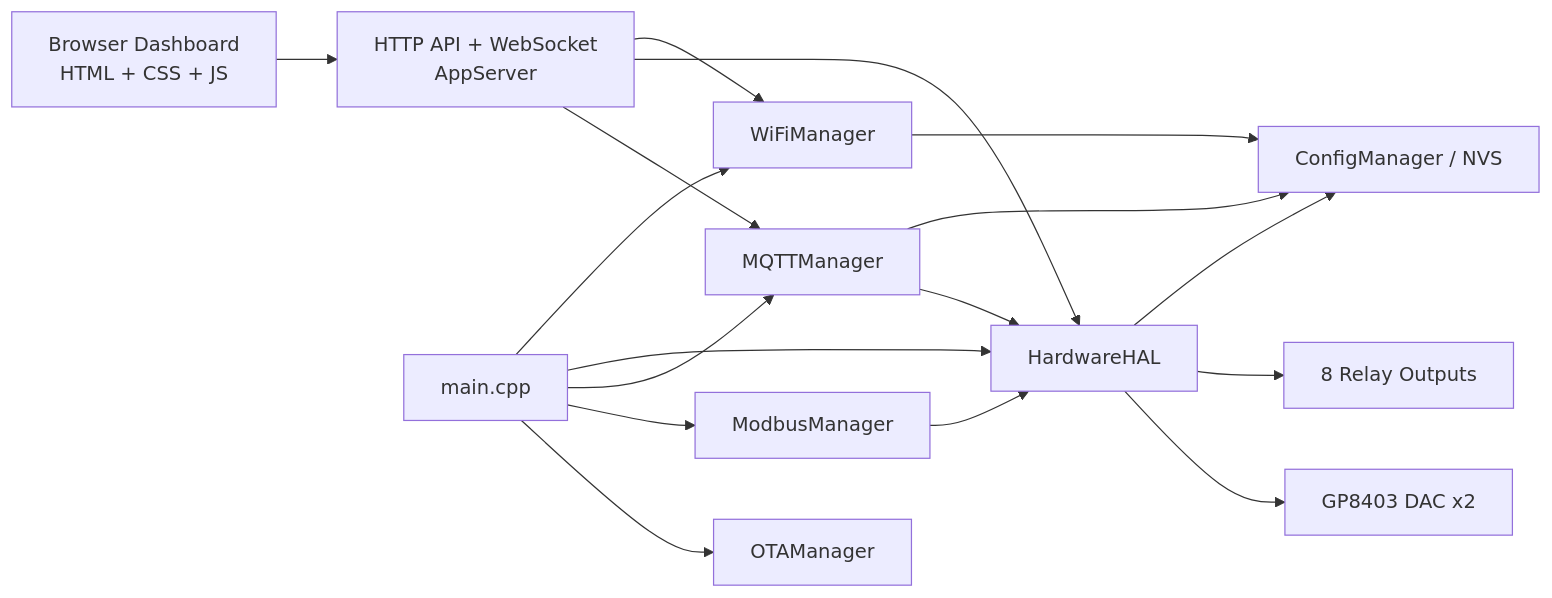
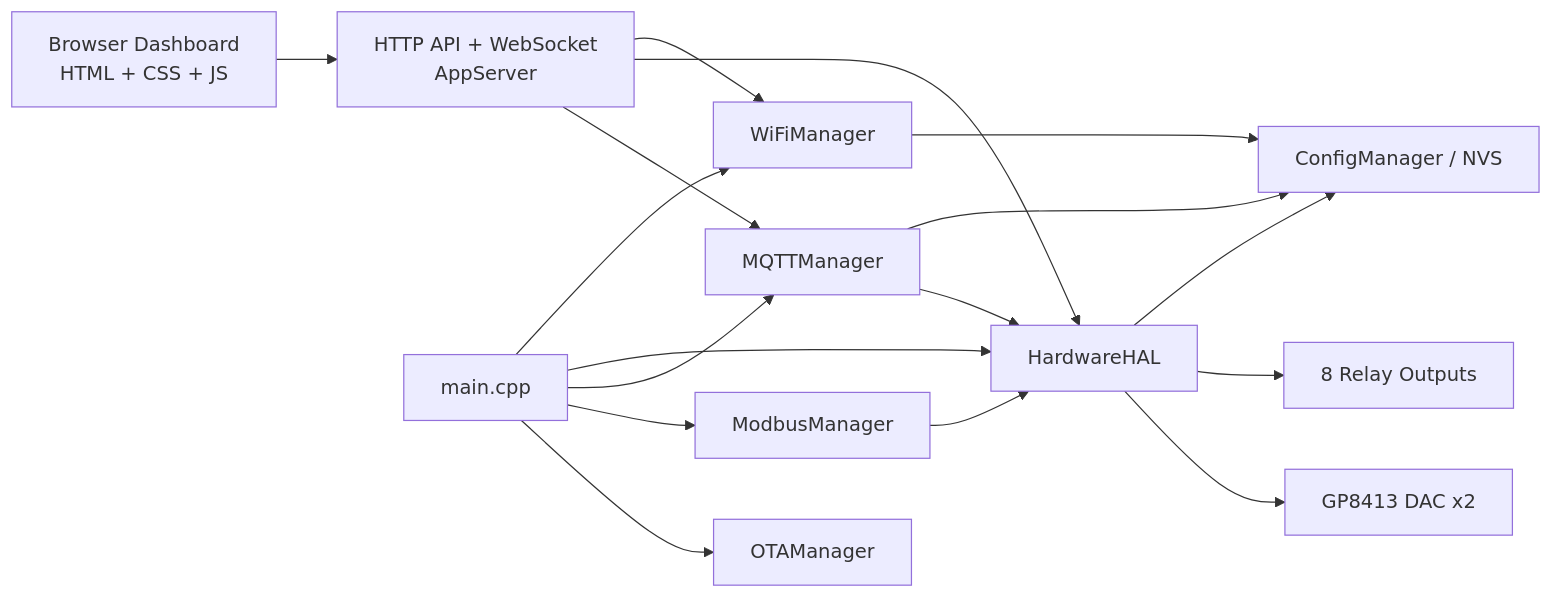
One commit to Canditos/WELDEDSID_DASHBOARD changed the diagram in README.md. Above: the diagram before and after it, drawn with Mermaid. The commit also changed other lines of this file and 9 other files, not shown here.

````diff
--- a/README.md
+++ b/README.md
@@ -113,19 +113,19 @@
 ```mermaid
 flowchart LR
     Browser["Browser Dashboard\nHTML + CSS + JS"] --> HttpWs["HTTP API + WebSocket\nAppServer"]
     HttpWs --> Wifi["WiFiManager"]
     HttpWs --> Hw["HardwareHAL"]
     HttpWs --> Mqtt["MQTTManager"]
     Hw --> Nvs["ConfigManager / NVS"]
     Wifi --> Nvs
     Mqtt --> Nvs
     Main["main.cpp"] --> Wifi
     Main --> Hw
     Main --> Mqtt
     Main --> Modbus["ModbusManager"]
     Main --> Ota["OTAManager"]
     Hw --> Relay["8 Relay Outputs"]
-    Hw --> Dac["GP8403 DAC x2"]
+    Hw --> Dac["GP8413 DAC x2"]
     Modbus --> Hw
     Mqtt --> Hw
 ```
````
